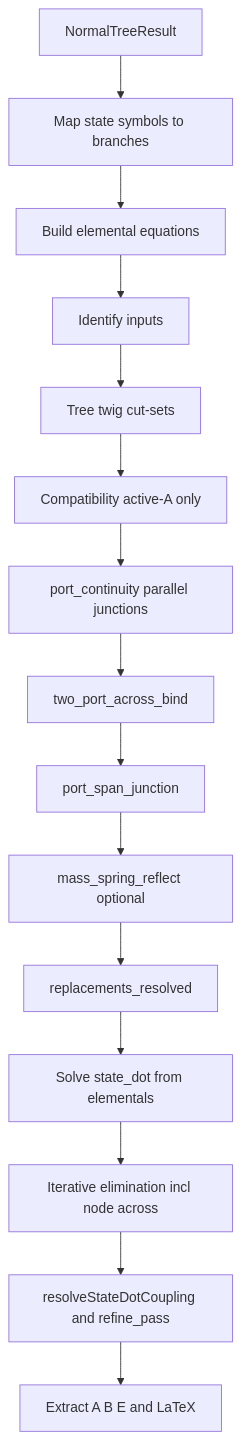
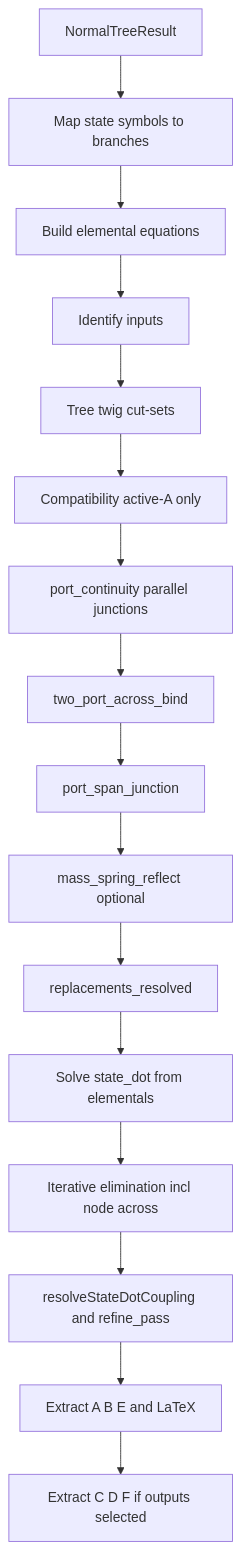
Before and after one commit to FurkanKaraketir/LGM: the diagram in docs/state_space_from_normal_tree.md, drawn with Mermaid. The commit also changed other lines of this file and 43 other files, not shown here.

````diff
--- a/docs/state_space_from_normal_tree.md
+++ b/docs/state_space_from_normal_tree.md
@@ -28,17 +28,18 @@
 ```mermaid
 flowchart TD
     normalTree[NormalTreeResult] --> mapStates[Map state symbols to branches]
     mapStates --> elementals[Build elemental equations]
     elementals --> inputs[Identify inputs]
     inputs --> cuts[Tree twig cut-sets]
     cuts --> compat[Compatibility active-A only]
     compat --> portCont[port_continuity parallel junctions]
     portCont --> twoPortAcross[two_port_across_bind]
     twoPortAcross --> portSpan[port_span_junction]
     portSpan --> massSpring[mass_spring_reflect optional]
     massSpring --> replacements[replacements_resolved]
     replacements --> stateDots[Solve state_dot from elementals]
     stateDots --> eliminate[Iterative elimination incl node across]
     eliminate --> coupling[resolveStateDotCoupling and refine_pass]
-    coupling --> matrix[Extract A B E and LaTeX]
+    coupling --> stateMatrix[Extract A B E and LaTeX]
+    stateMatrix --> outputMatrix[Extract C D F if outputs selected]
 ```
````
